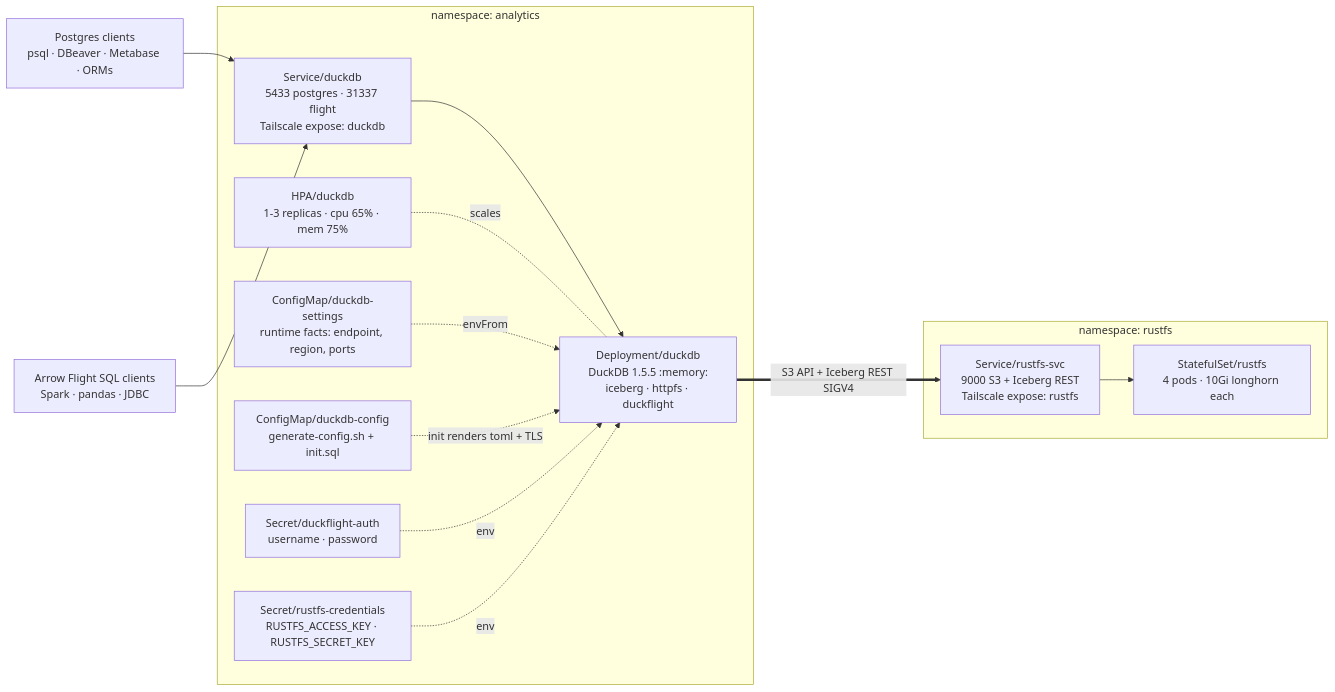
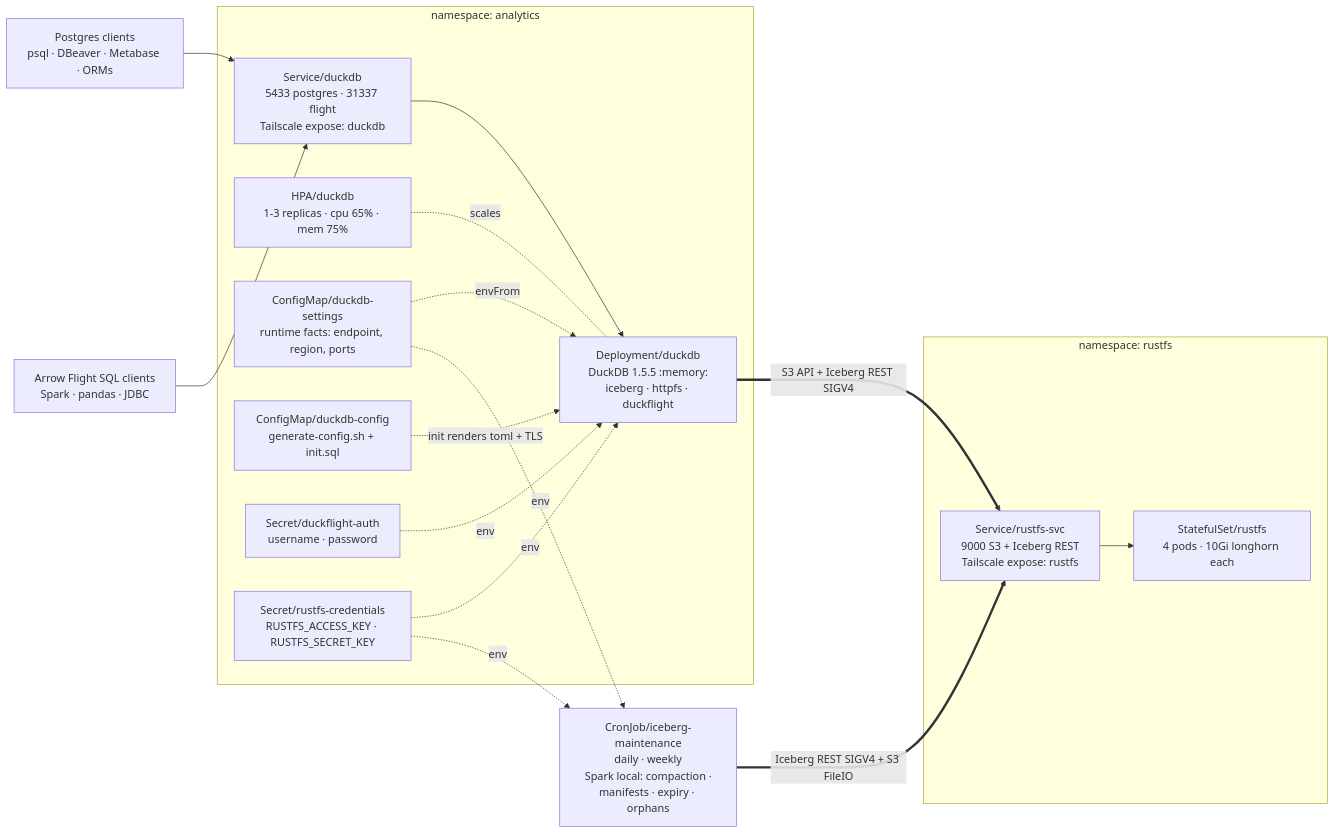
The first of 3 diagrams in README.md (daun-gatal/analytics), drawn with Mermaid before and after one commit. The commit also changed other lines of this file and 6 other files, not shown here.

First line of the commit message:
Add Iceberg table maintenance (Spark local-mode CronJobs)

````diff
--- a/README.md
+++ b/README.md
@@ -35,31 +35,35 @@
 ```mermaid
 flowchart LR
     PG["Postgres clients<br/>psql · DBeaver · Metabase · ORMs"]
     FS["Arrow Flight SQL clients<br/>Spark · pandas · JDBC"]
 
     subgraph ANALYTICS["namespace: analytics"]
         SVC["Service/duckdb<br/>5433 postgres · 31337 flight<br/>Tailscale expose: duckdb"]
         DUCK["Deployment/duckdb<br/>DuckDB 1.5.5 :memory:<br/>iceberg · httpfs · duckflight"]
         HPA["HPA/duckdb<br/>1-3 replicas · cpu 65% · mem 75%"]
         SETTINGS["ConfigMap/duckdb-settings<br/>runtime facts: endpoint, region, ports"]
         CFG["ConfigMap/duckdb-config<br/>generate-config.sh + init.sql"]
         AUTH["Secret/duckflight-auth<br/>username · password"]
         CREDS["Secret/rustfs-credentials<br/>RUSTFS_ACCESS_KEY · RUSTFS_SECRET_KEY"]
     end
 
     subgraph RUSTFS["namespace: rustfs"]
         RSVC["Service/rustfs-svc<br/>9000 S3 + Iceberg REST<br/>Tailscale expose: rustfs"]
         STS["StatefulSet/rustfs<br/>4 pods · 10Gi longhorn each"]
     end
 
     PG --> SVC
     FS --> SVC
     SVC --> DUCK
     HPA -. scales .- DUCK
     SETTINGS -. envFrom .-> DUCK
     CFG -. init renders toml + TLS .-> DUCK
     AUTH -. env .-> DUCK
     CREDS -. env .-> DUCK
     DUCK == "S3 API + Iceberg REST SIGV4" ==> RSVC
+    MAINT["CronJob/iceberg-maintenance<br/>daily · weekly<br/>Spark local: compaction ·<br/>manifests · expiry · orphans"]
+    CREDS -. env .-> MAINT
+    SETTINGS -. env .-> MAINT
+    MAINT == "Iceberg REST SIGV4 + S3 FileIO" ==> RSVC
     RSVC --> STS
 ```
````
